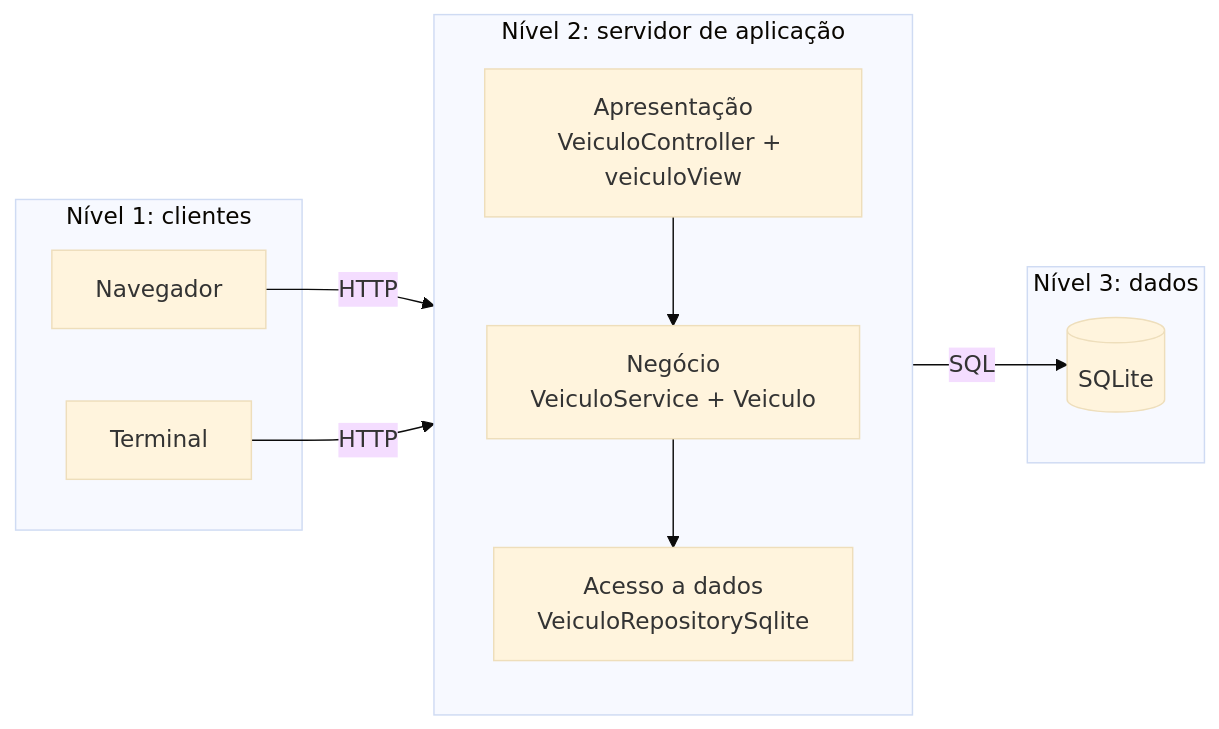
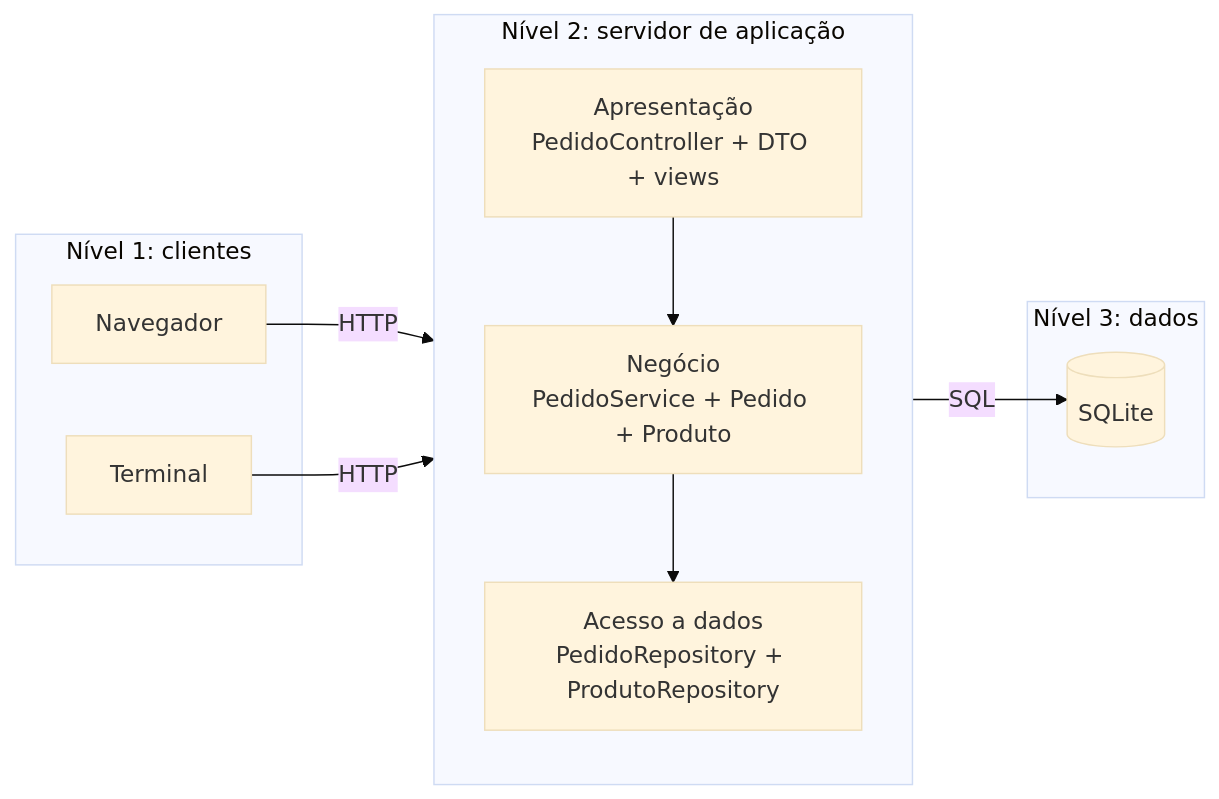
One commit to LcAllmeida/arquiteturaN3 changed the diagram in README.md. Above: the diagram before and after it, drawn with Mermaid (base theme). The commit also changed other lines of this file and 36 other files, not shown here.

````diff
--- a/README.md
+++ b/README.md
@@ -165,20 +183,20 @@
 ```mermaid
 flowchart LR
     subgraph N1["Nível 1: clientes"]
         W["Navegador"]
         T["Terminal"]
     end
     subgraph N2["Nível 2: servidor de aplicação"]
         direction TB
-        A["Apresentação<br/>VeiculoController + veiculoView"]
-        B["Negócio<br/>VeiculoService + Veiculo"]
-        D["Acesso a dados<br/>VeiculoRepositorySqlite"]
+        A["Apresentação<br/>PedidoController + DTO + views"]
+        B["Negócio<br/>PedidoService + Pedido + Produto"]
+        D["Acesso a dados<br/>PedidoRepository + ProdutoRepository"]
         A --> B --> D
     end
     subgraph N3["Nível 3: dados"]
         DB[("SQLite")]
     end
     W -- HTTP --> A
     T -- HTTP --> A
     D -- SQL --> DB
 ```
````
